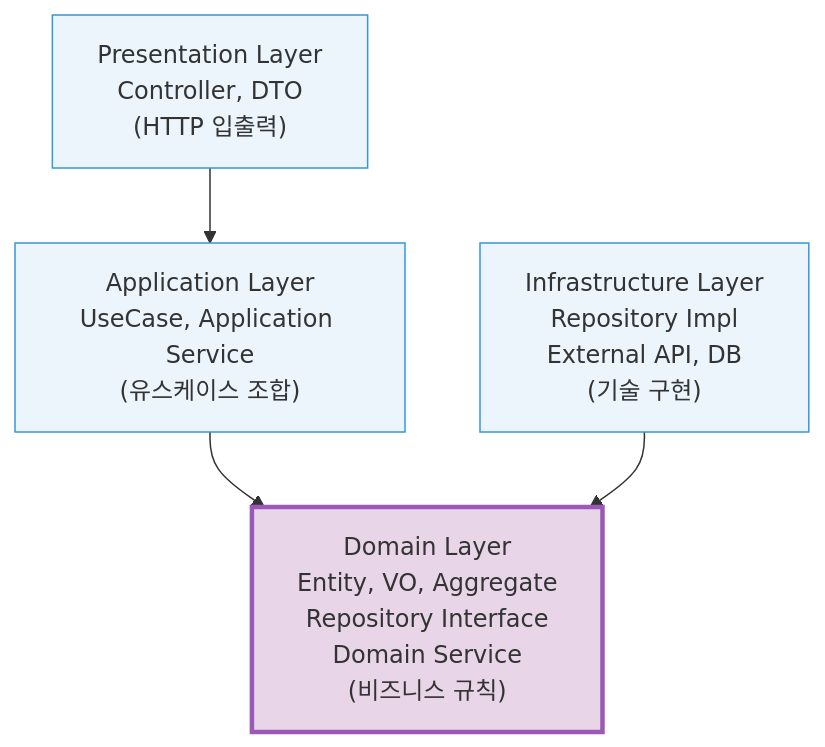
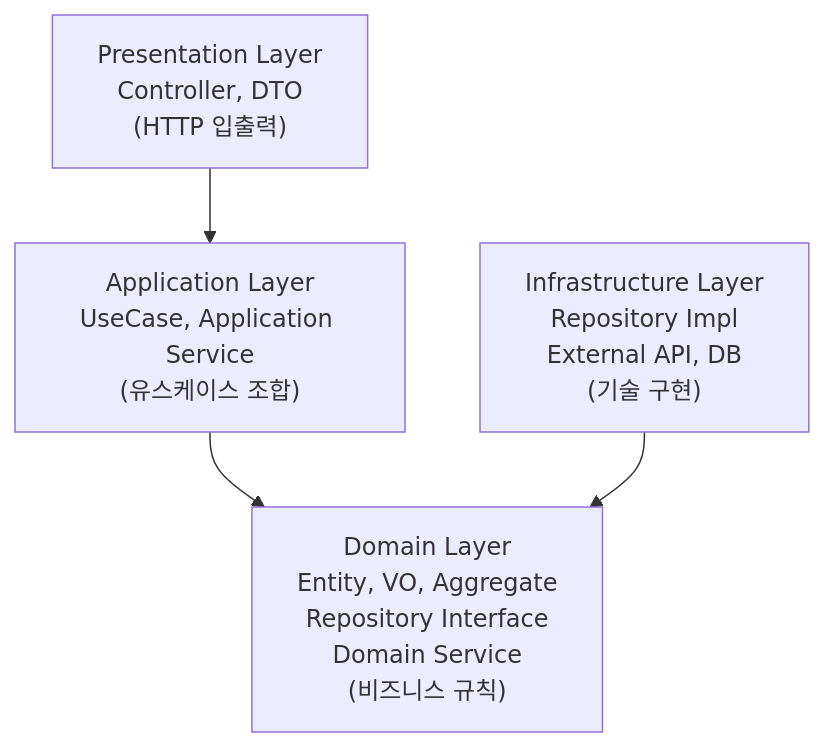
Before and after one commit to yjkim2015/yjkim2015.github.io: the seventh of 7 diagrams in _posts/architecture/2026-05-01-ddd.md, drawn with Mermaid. The commit also changed other lines of this file and 215 other files, not shown here.

First line of the commit message:
신규 포스트 10개 추가 + Mermaid 전면 축소 + SystemDesign 시리즈 보강

````diff
--- a/_posts/architecture/2026-05-01-ddd.md
+++ b/_posts/architecture/2026-05-01-ddd.md
@@ -459,16 +383,10 @@
 ```mermaid
 graph TD
     UI["Presentation Layer\nController, DTO\n(HTTP 입출력)"]
     APP["Application Layer\nUseCase, Application Service\n(유스케이스 조합)"]
     DOM["Domain Layer\nEntity, VO, Aggregate\nRepository Interface\nDomain Service\n(비즈니스 규칙)"]
     INFRA["Infrastructure Layer\nRepository Impl\nExternal API, DB\n(기술 구현)"]
-
     UI --> APP
     APP --> DOM
     INFRA --> DOM
-
-    classDef domain fill:#E8D5E8,stroke:#9B59B6,stroke-width:3px
-    classDef other fill:#EBF5FB,stroke:#3498DB
-    class DOM domain
-    class UI,APP,INFRA other
 ```
````
